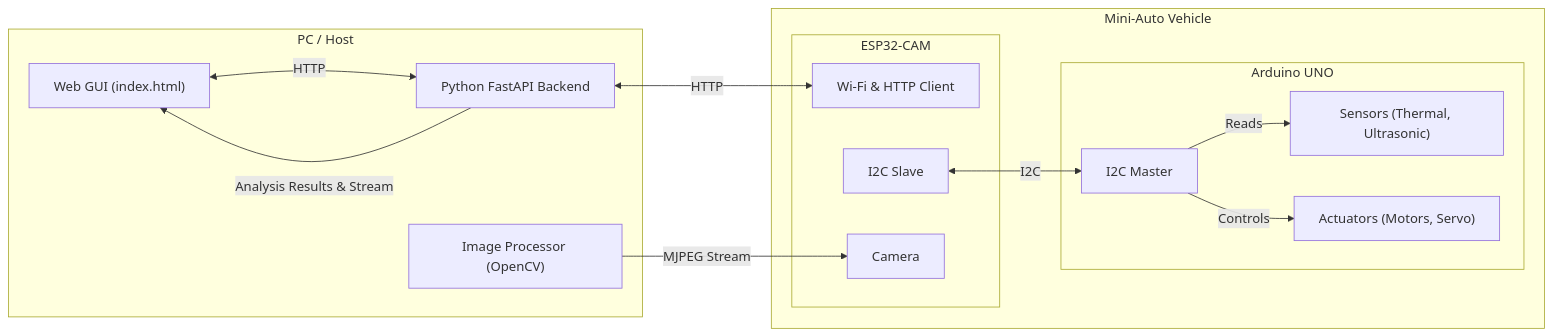
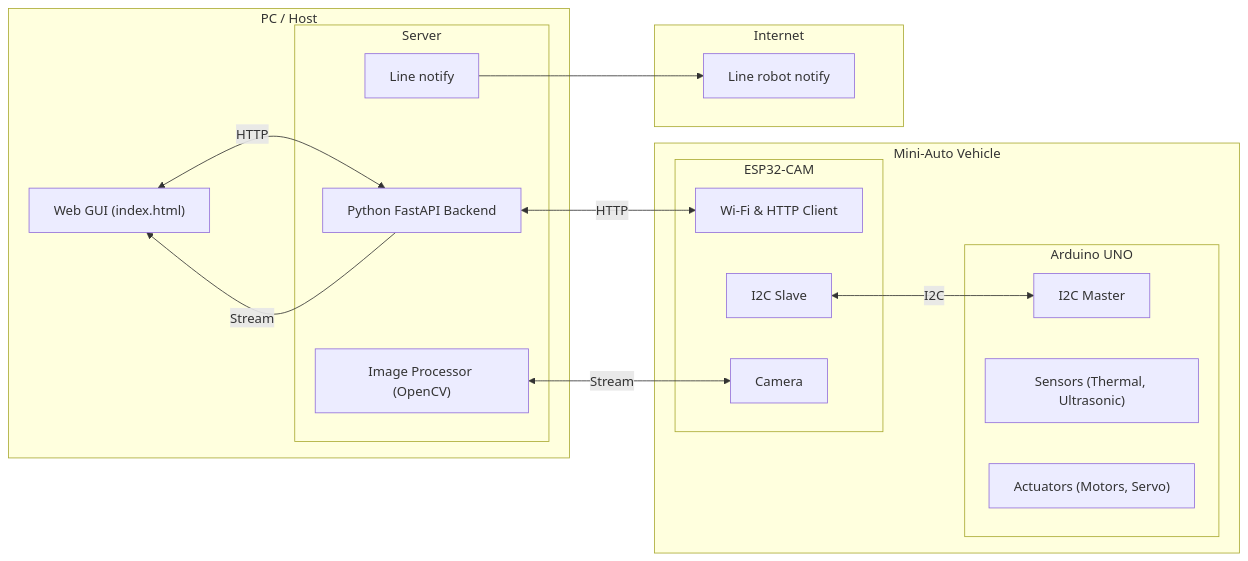
The diagram in docs/architecture_summary.md (hamanpaul/mini-auto), drawn with Mermaid before and after one commit. The commit also changed other lines of this file and 11 other files, not shown here.

First line of the commit message:
docs(architecture): 重構與統一系統文件

````diff
--- a/docs/architecture_summary.md
+++ b/docs/architecture_summary.md
@@ -39,31 +54,37 @@
 ```mermaid
 flowchart LR
     subgraph PC [PC / Host]
         GUI["Web GUI (index.html)"]
-        Backend["Python FastAPI Backend"]
-        StreamProcessor["Image Processor (OpenCV)"]
+        subgraph Rear[Server]
+            Notify["Line notify"]
+            Backend["Python FastAPI Backend"]
+            StreamProcessor["Image Processor (OpenCV)"]
+        end
     end
 
     subgraph Vehicle [Mini-Auto Vehicle]
         subgraph ESP32_Module [ESP32-CAM]
             ESP32_WiFi["Wi-Fi & HTTP Client"]
             ESP32_I2C["I2C Slave"]
             ESP32_CAM["Camera"]
         end
         subgraph UNO_Module [Arduino UNO]
             UNO_I2C["I2C Master"]
             Sensors["Sensors (Thermal, Ultrasonic)"]
             Actuators["Actuators (Motors, Servo)"]
         end
     end
 
+    subgraph Internet[Internet]
+        LineBot["Line robot notify"]
+    end
     %% Connections
     GUI <-- HTTP --> Backend
     Backend <-- HTTP --> ESP32_WiFi
-    StreamProcessor -- MJPEG Stream --> ESP32_CAM
-    Backend -- Analysis Results & Stream --> GUI
-    
+    Notify --> LineBot
+    StreamProcessor <--Stream--> ESP32_CAM
+    Backend -- Stream --> GUI
+
     ESP32_I2C <-- I2C --> UNO_I2C
-    UNO_I2C -- Controls --> Actuators
-    UNO_I2C -- Reads --> Sensors
+
 ```
````
